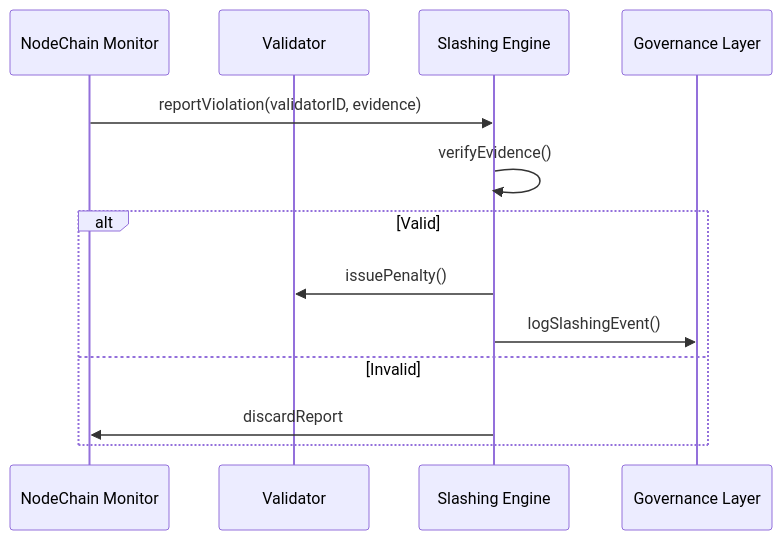
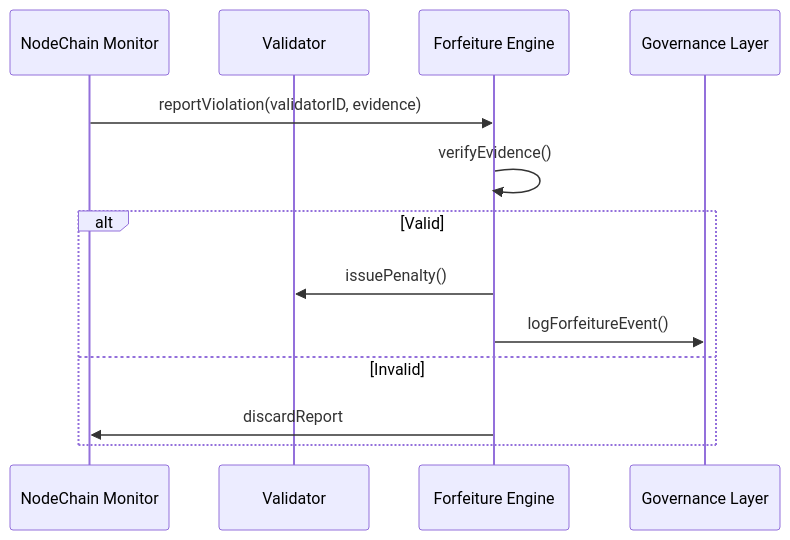
One commit to Aros-Technology-Studio/AST-Aros-Financial-Paradigm changed the diagram in 11_validator_staking_and_payments/slashing_and_penalty_rules.md. Above: the diagram before and after it, drawn with Mermaid. The commit also changed other lines of this file and 10 other files, not shown here.

````diff
--- a/11_validator_staking_and_payments/slashing_and_penalty_rules.md
+++ b/11_validator_staking_and_payments/slashing_and_penalty_rules.md
@@ -42,17 +42,17 @@
 ```mermaid
 sequenceDiagram
     participant N as NodeChain Monitor
     participant V as Validator
-    participant S as Slashing Engine
+    participant S as Forfeiture Engine
     participant G as Governance Layer
 
     N->>S: reportViolation(validatorID, evidence)
     S->>S: verifyEvidence()
     alt Valid
         S->>V: issuePenalty()
-        S->>G: logSlashingEvent()
+        S->>G: logForfeitureEvent()
     else Invalid
         S->>N: discardReport
     end
 
 ```
````
